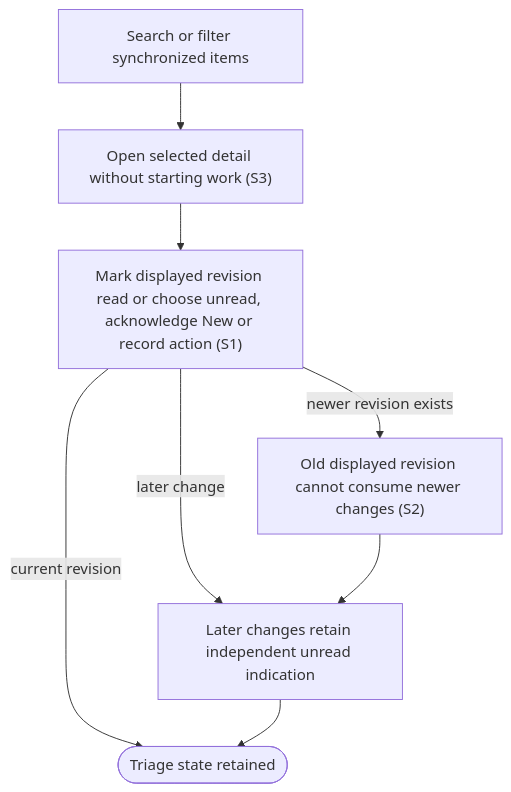
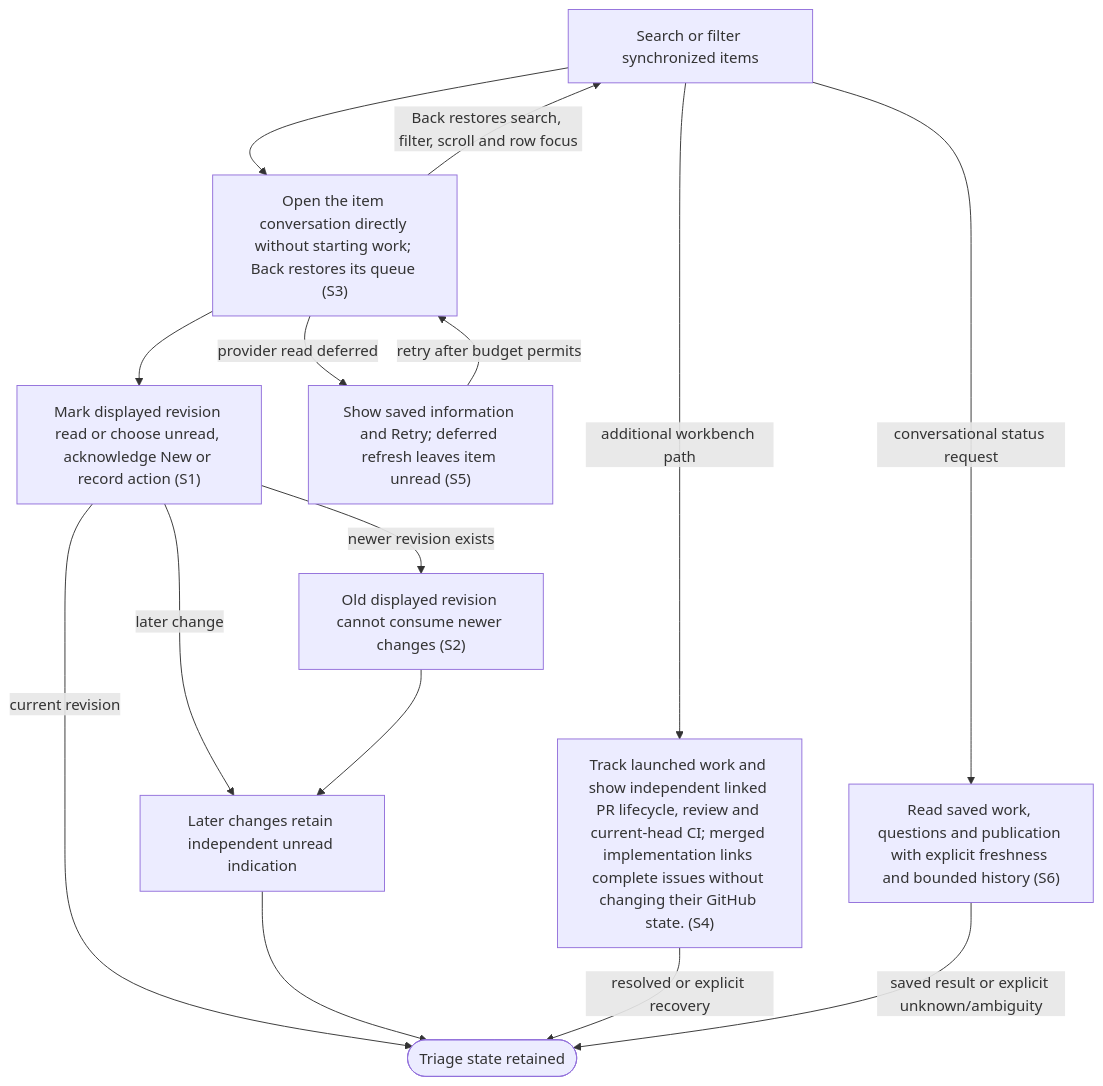
Before and after one commit to dk-code-factory/code-factory-plugin: the diagram in docs/user-flows/triage-inbox.md, drawn with Mermaid. The commit also changed other lines of this file and 165 other files, not shown here.

````diff
--- a/docs/user-flows/triage-inbox.md
+++ b/docs/user-flows/triage-inbox.md
@@ -36,16 +42,26 @@
 ```mermaid
 flowchart TD
     N0["Search or filter synchronized items"]
-    N1["Open selected detail without starting work #40;S3#41;"]
+    N1["Open the item conversation directly without starting work#59; Back restores its queue #40;S3#41;"]
     N2["Mark displayed revision read or choose unread, acknowledge New or record action #40;S1#41;"]
     N3["Later changes retain independent unread indication"]
     N4["Old displayed revision cannot consume newer changes #40;S2#41;"]
     N5(["Triage state retained"])
+    N6["Track launched work and show independent linked PR lifecycle, review and current-head CI#59; merged implementation links complete issues without changing their GitHub state. #40;S4#41;"]
+    N7["Show saved information and Retry#59; deferred refresh leaves item unread #40;S5#41;"]
+    N8["Read saved work, questions and publication with explicit freshness and bounded history #40;S6#41;"]
     N0 --> N1
     N1 --> N2
     N2 -->|"later change"| N3
     N2 -->|"newer revision exists"| N4
     N4 --> N3
     N2 -->|"current revision"| N5
     N3 --> N5
+    N1 -->|"Back restores search, filter, scroll and row focus"| N0
+    N0 -->|"additional workbench path"| N6
+    N6 -->|"resolved or explicit recovery"| N5
+    N1 -->|"provider read deferred"| N7
+    N7 -->|"retry after budget permits"| N1
+    N0 -->|"conversational status request"| N8
+    N8 -->|"saved result or explicit unknown/ambiguity"| N5
 ```
````
